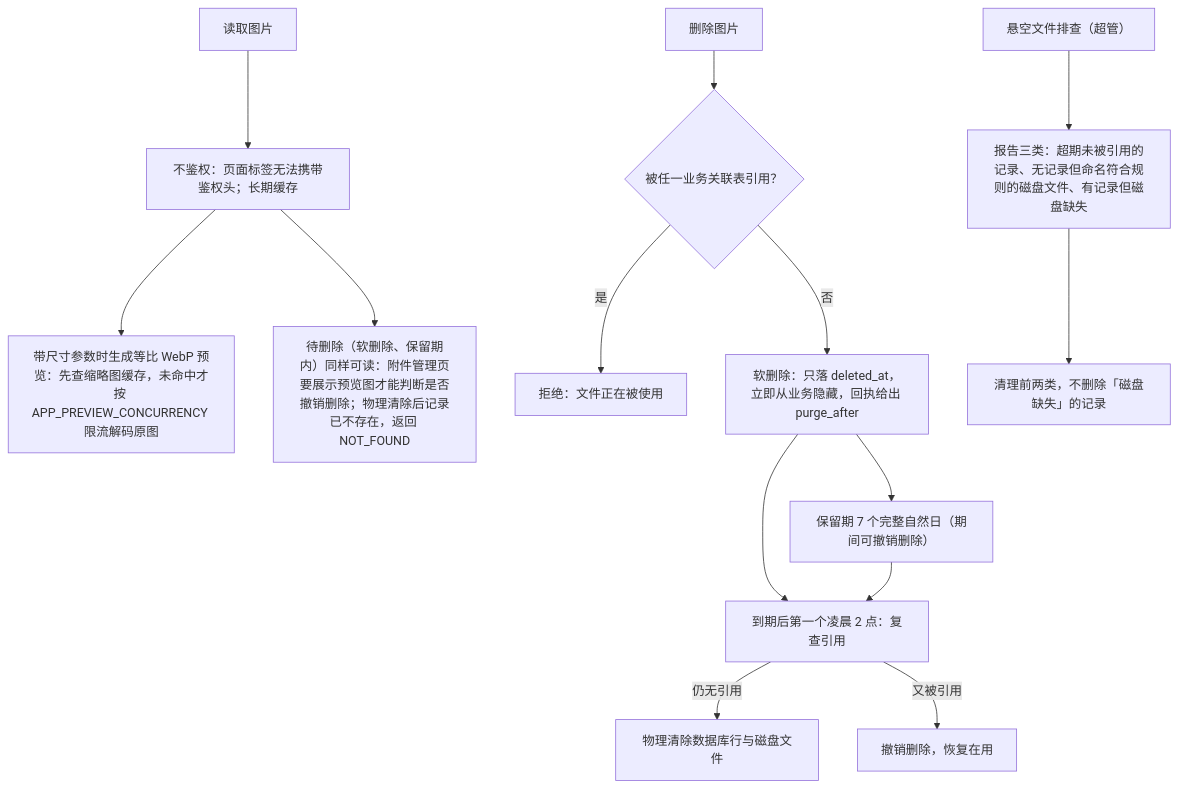
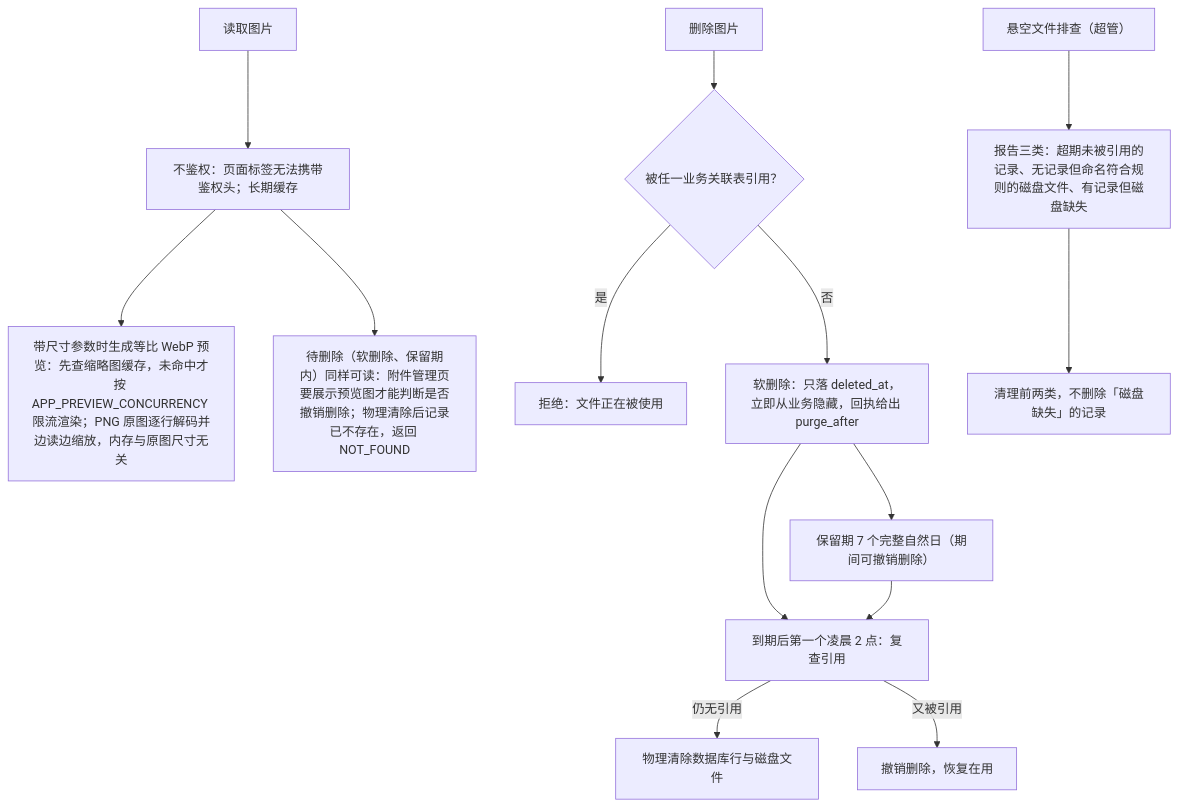
Before and after one commit to Sakana-1314/Electrical-Manager: diagram 21 of 31 in docs/websites/pages/dev-flows.md, drawn with Mermaid. The commit also changed other lines of this file and 12 other files, not shown here.

Commit message:
perf: 导出表格与缩略图生成改为流式处理，降低内存占用 (#387)

````diff
--- a/docs/websites/pages/dev-flows.md
+++ b/docs/websites/pages/dev-flows.md
@@ -353,16 +353,16 @@
 ```mermaid
 flowchart TD
     A["读取图片"] --> B["不鉴权：页面标签无法携带鉴权头；长期缓存"]
-    B --> C["带尺寸参数时生成等比 WebP 预览：先查缩略图缓存，未命中才按 APP_PREVIEW_CONCURRENCY 限流解码原图"]
+    B --> C["带尺寸参数时生成等比 WebP 预览：先查缩略图缓存，未命中才按 APP_PREVIEW_CONCURRENCY 限流渲染；PNG 原图逐行解码并边读边缩放，内存与原图尺寸无关"]
     B --> B1["待删除（软删除、保留期内）同样可读：附件管理页要展示预览图才能判断是否撤销删除；物理清除后记录已不存在，返回 NOT_FOUND"]
     D["删除图片"] --> E{"被任一业务关联表引用？"}
     E -- "是" --> F["拒绝：文件正在被使用"]
     E -- "否" --> G["软删除：只落 deleted_at，立即从业务隐藏，回执给出 purge_after"]
     G --> G1["保留期 7 个完整自然日（期间可撤销删除）"]
     G --> G2["批量标记还有新人保护期：上传未满 7 天且从未被引用的附件本轮不标记"]
     G1 --> G2["到期后第一个凌晨 2 点：复查引用"]
     G2 -- "仍无引用" --> G3["物理清除数据库行与磁盘文件"]
     G2 -- "又被引用" --> G4["撤销删除，恢复在用"]
     H["悬空文件排查（超管）"] --> I["报告三类：超期未被引用的记录、无记录但命名符合规则的磁盘文件、有记录但磁盘缺失"]
     I --> J["清理前两类，不删除「磁盘缺失」的记录"]
 ```
````
